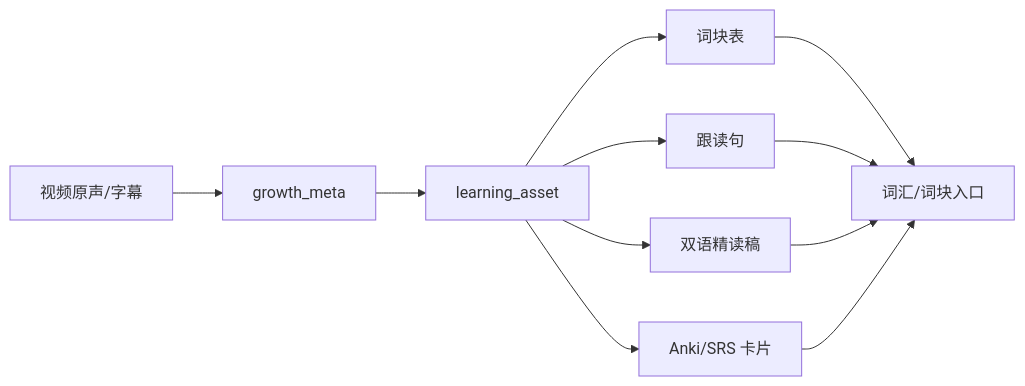
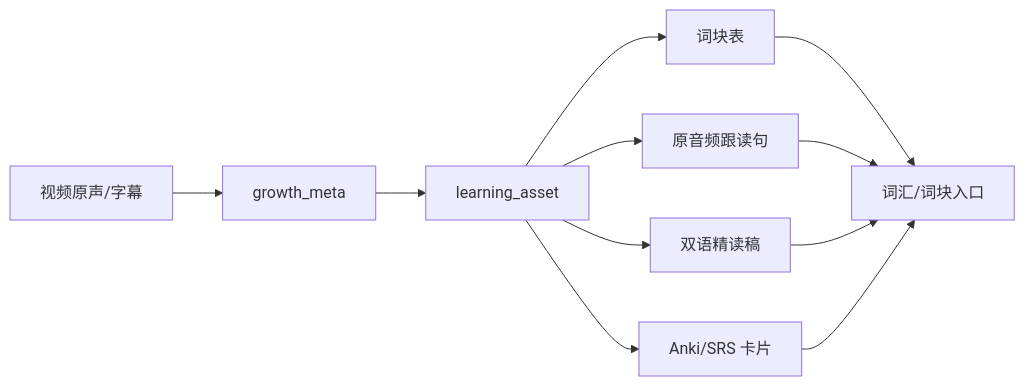
Before and after one commit to xytime/video-progress-bar-cli: the fifth of 9 diagrams in docs/guides/private_domain_underwater_roadmap.md, drawn with Mermaid. The commit also changed other lines of this file and 3 other files, not shown here.

````diff
--- a/docs/guides/private_domain_underwater_roadmap.md
+++ b/docs/guides/private_domain_underwater_roadmap.md
@@ -134,13 +156,13 @@
 ```mermaid
 flowchart LR
     A["视频原声/字幕"] --> B["growth_meta"]
     B --> C["learning_asset"]
     C --> D["词块表"]
-    C --> E["跟读句"]
+    C --> E["原音频跟读句"]
     C --> F["双语精读稿"]
     C --> G["Anki/SRS 卡片"]
     D --> H["词汇/词块入口"]
     E --> H
     F --> H
     G --> H
 ```
````
